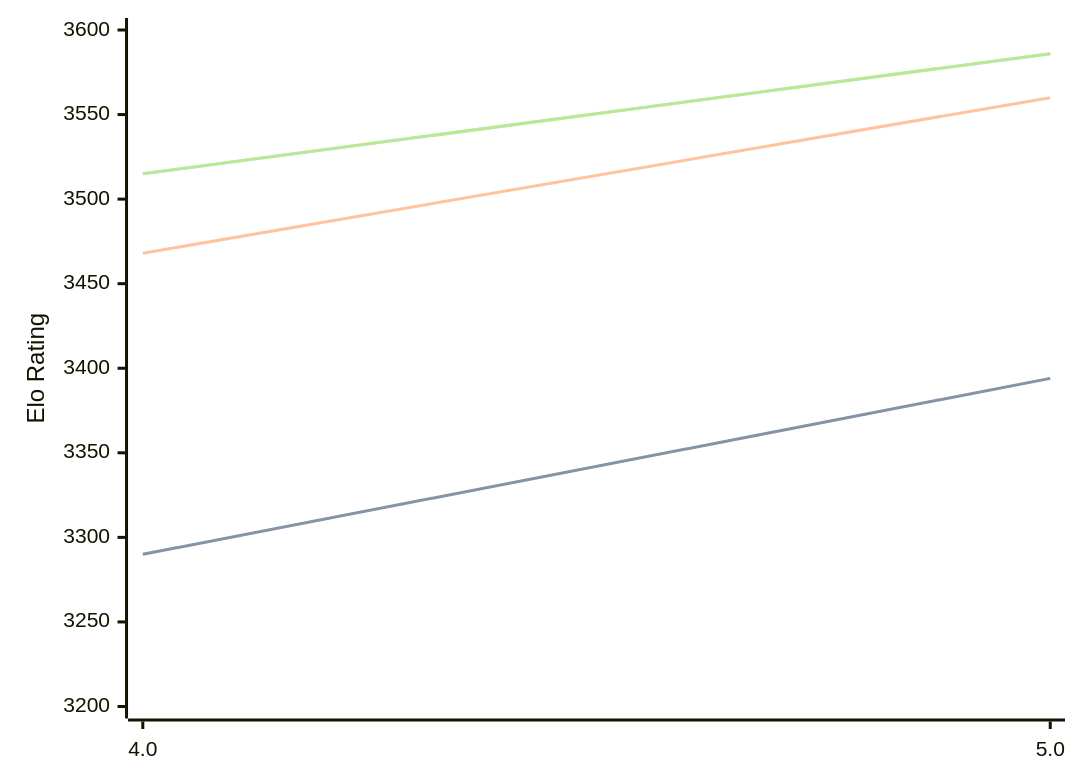
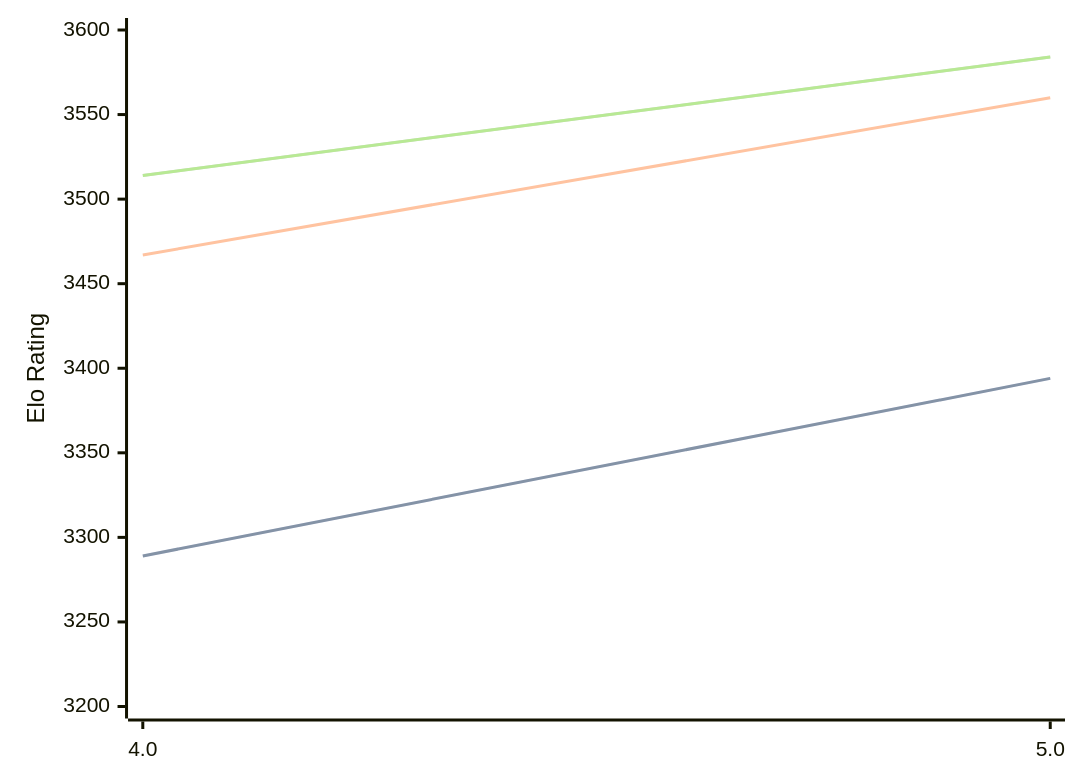
The diagram in engines/Tarnished.md (computer-chess-index/cci), drawn with Mermaid before and after one commit. The commit also changed other lines of this file, not shown here.

Commit message:
Update CCI Ratings (ELO VLTC) - 2026-03-17

````diff
--- a/engines/Tarnished.md
+++ b/engines/Tarnished.md
@@ -34,11 +34,11 @@
 ```mermaid
 %%{init: {"theme":"base","themeVariables":{"seriesColors:['#a3a3a3','#222221','#faa371']}}}%%
 xychart-beta
   x-axis ["4.0", "5.0"]
   y-axis "Elo Rating" 3200 --> 3600
-  line "STC (8.0+0.08s)" [3290, 3394]
-  line "STC (8.0+0.08s)" [3290, 3394]
-  line "LTC (60.0+0.60s)" [3468, 3560]
-  line "VLTC (2m24s+1.12s)" [3515, 3586]
-  line "VLTC (2m24s+1.12s)" [3515, 3586]
+  line "STC (8.0+0.08s)" [3289, 3394]
+  line "STC (8.0+0.08s)" [3289, 3394]
+  line "LTC (60.0+0.60s)" [3467, 3560]
+  line "VLTC (2m24s+1.12s)" [3514, 3584]
+  line "VLTC (2m24s+1.12s)" [3514, 3584]
 ```
````
